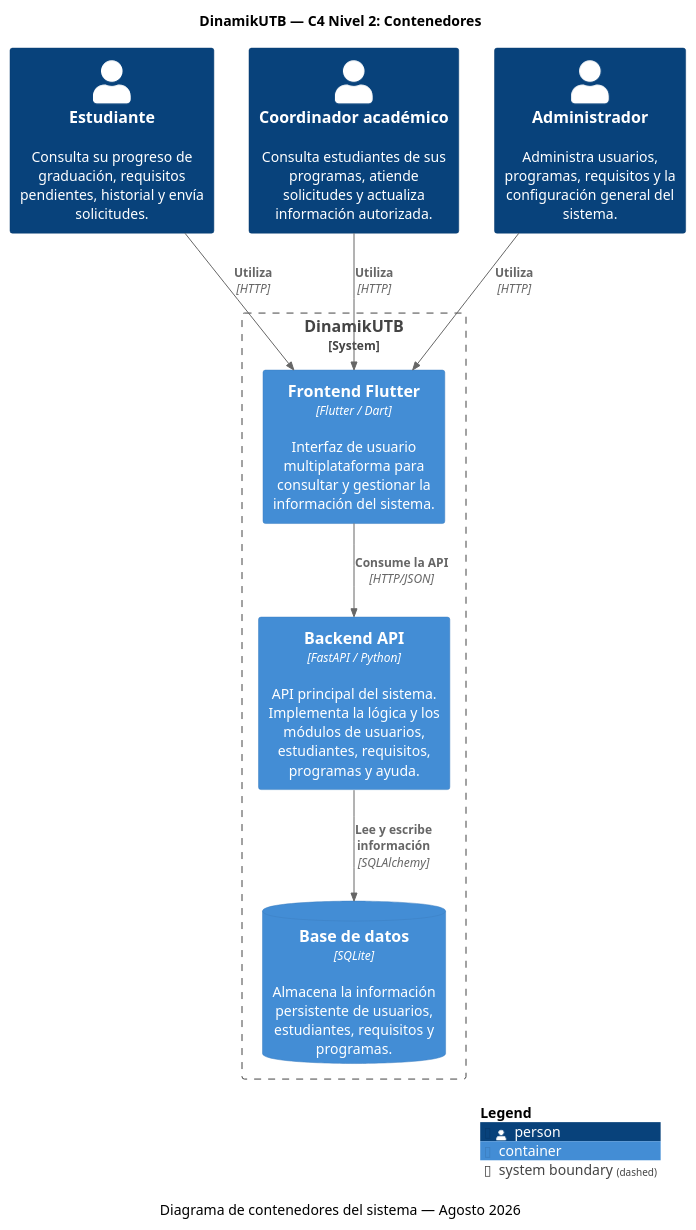
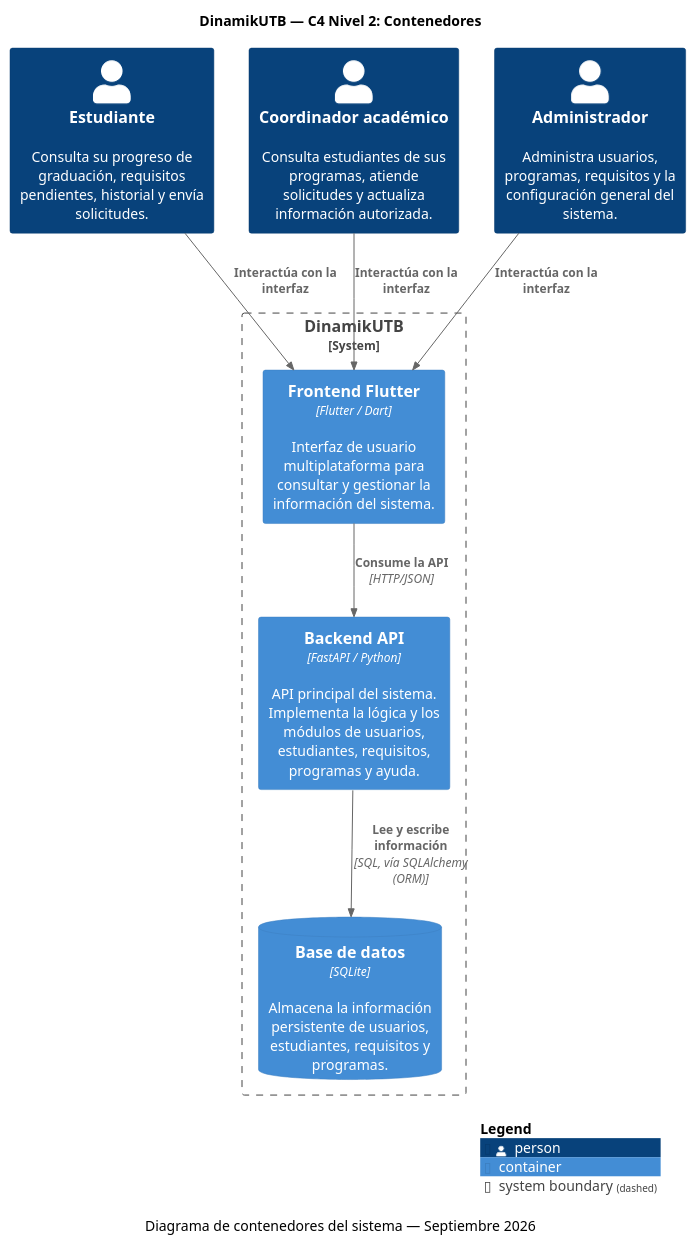
One commit to ISCOUTB/AS_202620_DinamikUTB changed the diagram in docs/c4/contenedores.puml. Above: the diagram before and after it, drawn with PlantUML.

Commit message:
Update container diagram captions and relationships

```diff
--- a/docs/c4/contenedores.puml
+++ b/docs/c4/contenedores.puml
@@ -1,24 +1,24 @@
 @startuml
 !include https://raw.githubusercontent.com/plantuml-stdlib/C4-PlantUML/master/C4_Container.puml
 
 title DinamikUTB — C4 Nivel 2: Contenedores
-caption Diagrama de contenedores del sistema — Agosto 2026
+caption Diagrama de contenedores del sistema — Septiembre 2026
 
 Person(estudiante, "Estudiante", "Consulta su progreso de graduación, requisitos pendientes, historial y envía solicitudes.")
 Person(coordinador, "Coordinador académico", "Consulta estudiantes de sus programas, atiende solicitudes y actualiza información autorizada.")
 Person(administrador, "Administrador", "Administra usuarios, programas, requisitos y la configuración general del sistema.")
 
 System_Boundary(dinamik, "DinamikUTB") {
     Container(frontend, "Frontend Flutter", "Flutter / Dart", "Interfaz de usuario multiplataforma para consultar y gestionar la información del sistema.")
     Container(backend, "Backend API", "FastAPI / Python", "API principal del sistema. Implementa la lógica y los módulos de usuarios, estudiantes, requisitos, programas y ayuda.")
     ContainerDb(database, "Base de datos", "SQLite", "Almacena la información persistente de usuarios, estudiantes, requisitos y programas.")
 }
 
-Rel(estudiante, frontend, "Utiliza", "HTTP")
-Rel(coordinador, frontend, "Utiliza", "HTTP")
-Rel(administrador, frontend, "Utiliza", "HTTP")
+Rel(estudiante, frontend, "Interactúa con la interfaz")
+Rel(coordinador, frontend, "Interactúa con la interfaz")
+Rel(administrador, frontend, "Interactúa con la interfaz")
 Rel(frontend, backend, "Consume la API", "HTTP/JSON")
-Rel(backend, database, "Lee y escribe información", "SQLAlchemy")
+Rel(backend, database, "Lee y escribe información", "SQL, vía SQLAlchemy (ORM)")
 
 SHOW_LEGEND()
 @enduml
```
